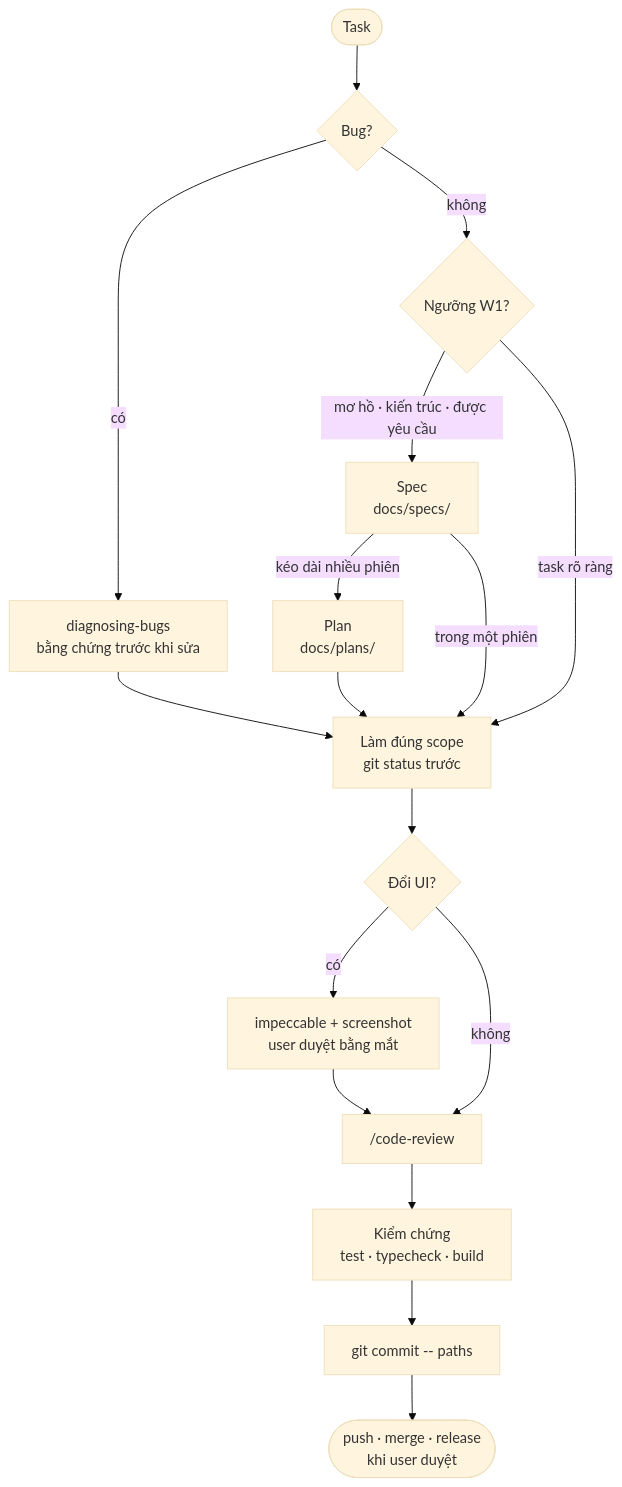
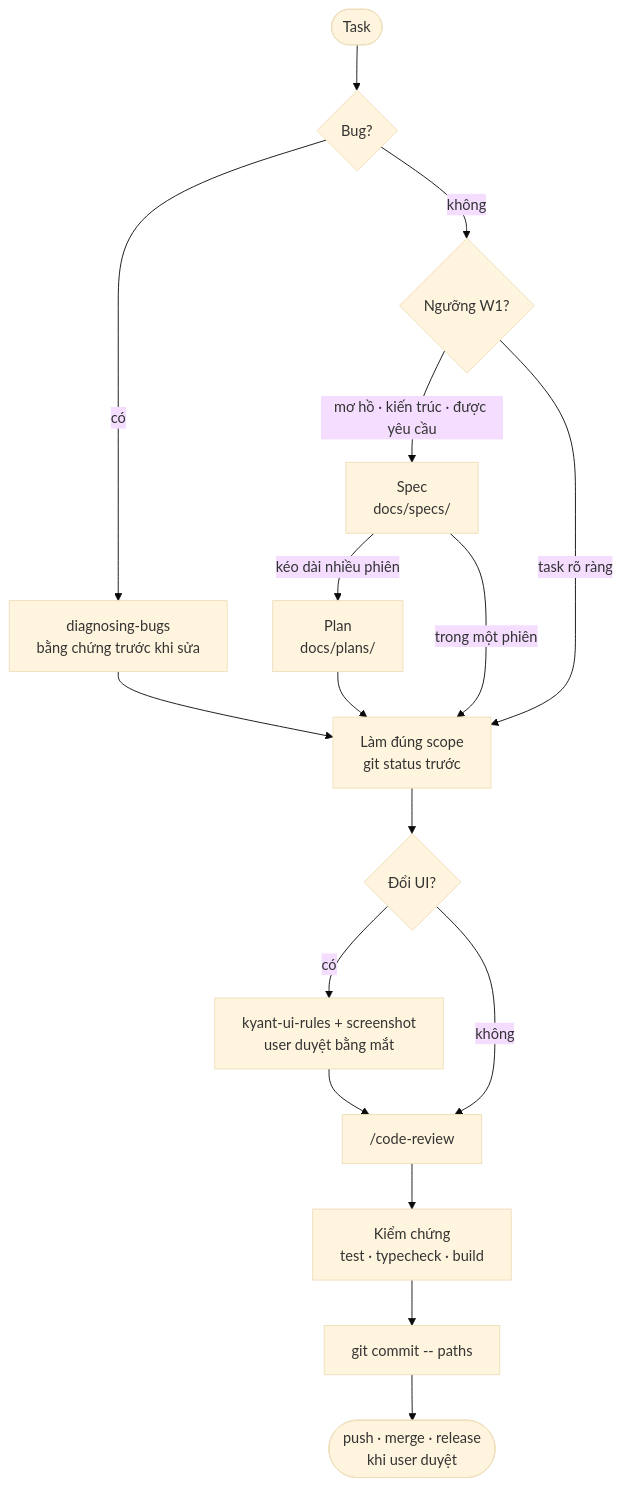
Before and after one commit to mxrsv/agents-skills: the second of 2 diagrams in README.md, drawn with Mermaid (base theme). The commit also changed other lines of this file and 113 other files, not shown here.

````diff
--- a/README.md
+++ b/README.md
@@ -34,19 +34,19 @@
 ```mermaid
 flowchart TD
     R([Task]) --> B{"Bug?"}
     B -- "có" --> DB["diagnosing-bugs<br/>bằng chứng trước khi sửa"]
     B -- "không" --> W1{"Ngưỡng W1?"}
     W1 -- "mơ hồ · kiến trúc · được yêu cầu" --> SP["Spec<br/>docs/specs/"]
     SP -- "kéo dài nhiều phiên" --> PL["Plan<br/>docs/plans/"]
     W1 -- "task rõ ràng" --> I["Làm đúng scope<br/>git status trước"]
     DB --> I
     SP -- "trong một phiên" --> I
     PL --> I
     I --> UI{"Đổi UI?"}
-    UI -- "có" --> IM["impeccable + screenshot<br/>user duyệt bằng mắt"]
+    UI -- "có" --> IM["kyant-ui-rules + screenshot<br/>user duyệt bằng mắt"]
     UI -- "không" --> RC["/code-review"]
     IM --> RC
     RC --> V["Kiểm chứng<br/>test · typecheck · build"]
     V --> C["git commit -- paths"]
     C --> P(["push · merge · release<br/>khi user duyệt"])
 ```
````
